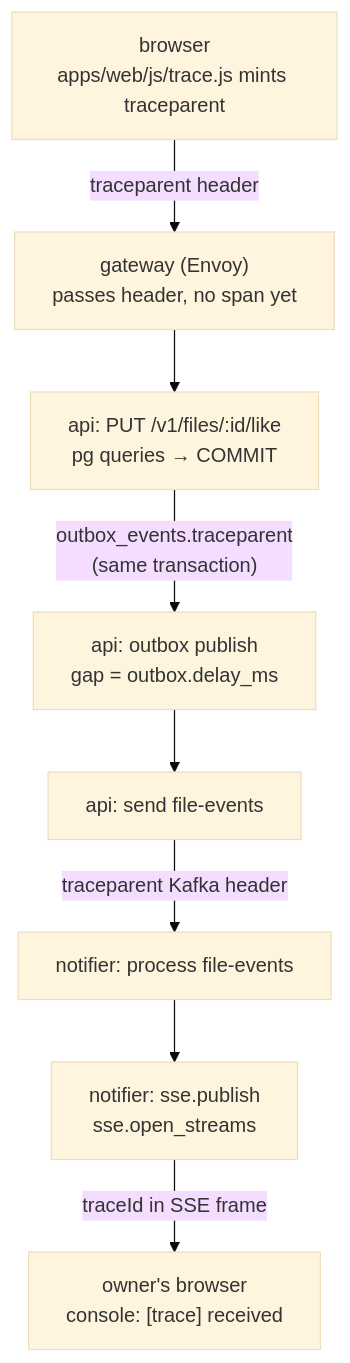
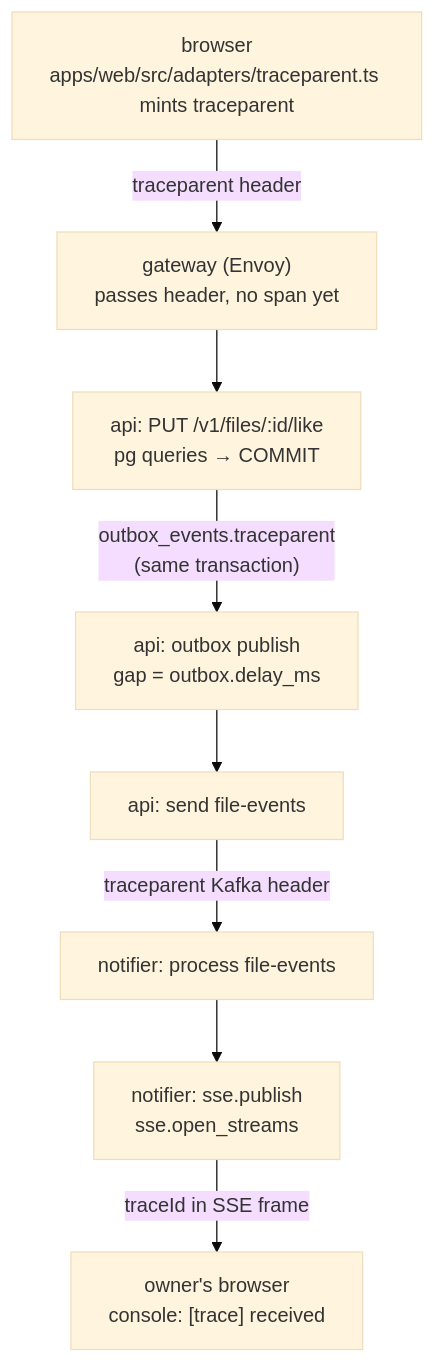
One commit to taraskhvyl/distributed-systems changed the fourth of 4 diagrams in docs/ARCHITECTURE.md. Above: the diagram before and after it, drawn with Mermaid (base theme). The commit also changed other lines of this file and 70 other files, not shown here.

````diff
--- a/docs/ARCHITECTURE.md
+++ b/docs/ARCHITECTURE.md
@@ -202,10 +202,10 @@
 ```mermaid
 flowchart TD
-  B["browser<br/>apps/web/js/trace.js mints traceparent"] -- "traceparent header" --> G["gateway (Envoy)<br/>passes header, no span yet"]
+  B["browser<br/>apps/web/src/adapters/traceparent.ts mints traceparent"] -- "traceparent header" --> G["gateway (Envoy)<br/>passes header, no span yet"]
   G --> R["api: PUT /v1/files/:id/like<br/>pg queries → COMMIT"]
   R -- "outbox_events.traceparent<br/>(same transaction)" --> O["api: outbox publish<br/>gap = outbox.delay_ms"]
   O --> K["api: send file-events"]
   K -- "traceparent Kafka header" --> N["notifier: process file-events"]
   N --> S["notifier: sse.publish<br/>sse.open_streams"]
   S -- "traceId in SSE frame" --> BO["owner's browser<br/>console: [trace] received"]
 ```
````
